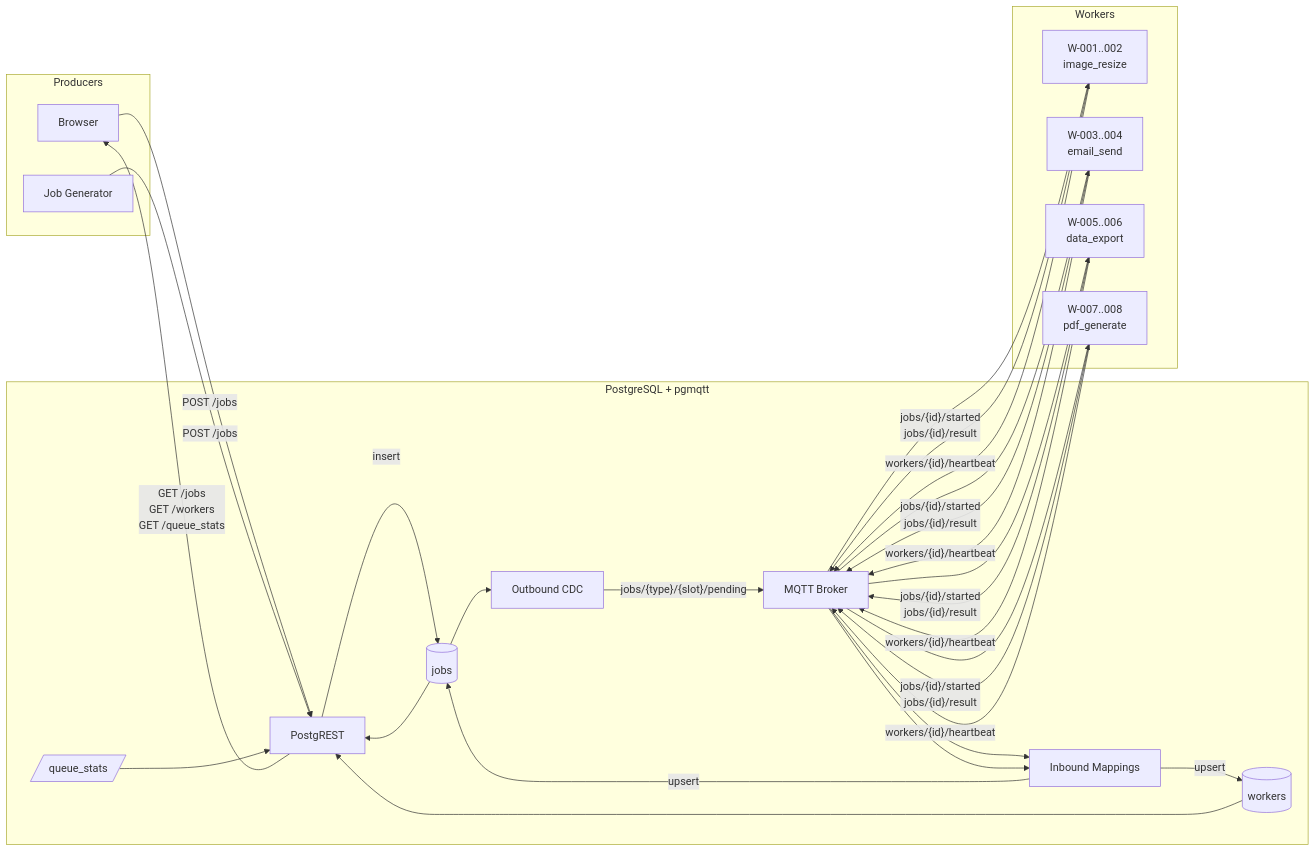
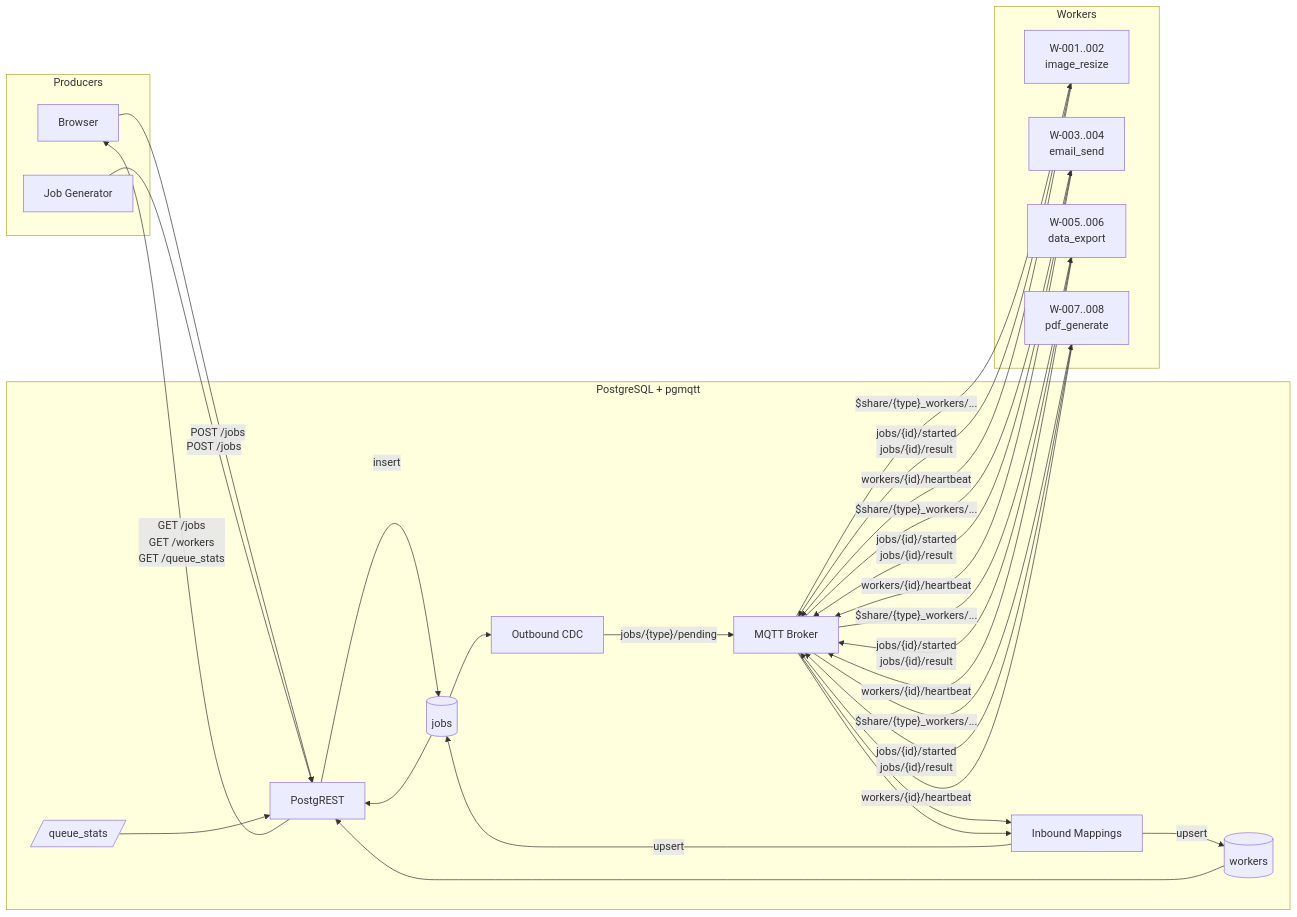
Before and after one commit to RayElg/pgmqtt: the diagram in demos/queue/README.md, drawn with Mermaid. The commit also changed other lines of this file and 13 other files, not shown here.

````diff
--- a/demos/queue/README.md
+++ b/demos/queue/README.md
@@ -9,38 +9,38 @@
 ```mermaid
 flowchart LR
     subgraph Producers
         B[Browser]
         G[Job Generator]
     end
 
     subgraph "PostgreSQL + pgmqtt"
         PR[PostgREST]
         J[(jobs)]
         W[(workers)]
         QS[/queue_stats/]
         CDC[Outbound CDC]
         IN[Inbound Mappings]
         MQTT[MQTT Broker]
     end
 
     subgraph Workers
         W1["W-001..002<br>image_resize"]
         W2["W-003..004<br>email_send"]
         W3["W-005..006<br>data_export"]
         W4["W-007..008<br>pdf_generate"]
     end
 
     B & G -- "POST /jobs" --> PR
     PR -- insert --> J
     J --> CDC
-    CDC -- "jobs/{type}/{slot}/pending" --> MQTT
-    MQTT --> W1 & W2 & W3 & W4
+    CDC -- "jobs/{type}/pending" --> MQTT
+    MQTT -- "$share/{type}_workers/..." --> W1 & W2 & W3 & W4
     W1 & W2 & W3 & W4 -- "jobs/{id}/started\njobs/{id}/result" --> MQTT
     MQTT --> IN
     IN -- upsert --> J
     W1 & W2 & W3 & W4 -- "workers/{id}/heartbeat" --> MQTT
     MQTT --> IN
     IN -- upsert --> W
     J & W & QS --> PR
     PR -- "GET /jobs\nGET /workers\nGET /queue_stats" --> B
 ```
````
